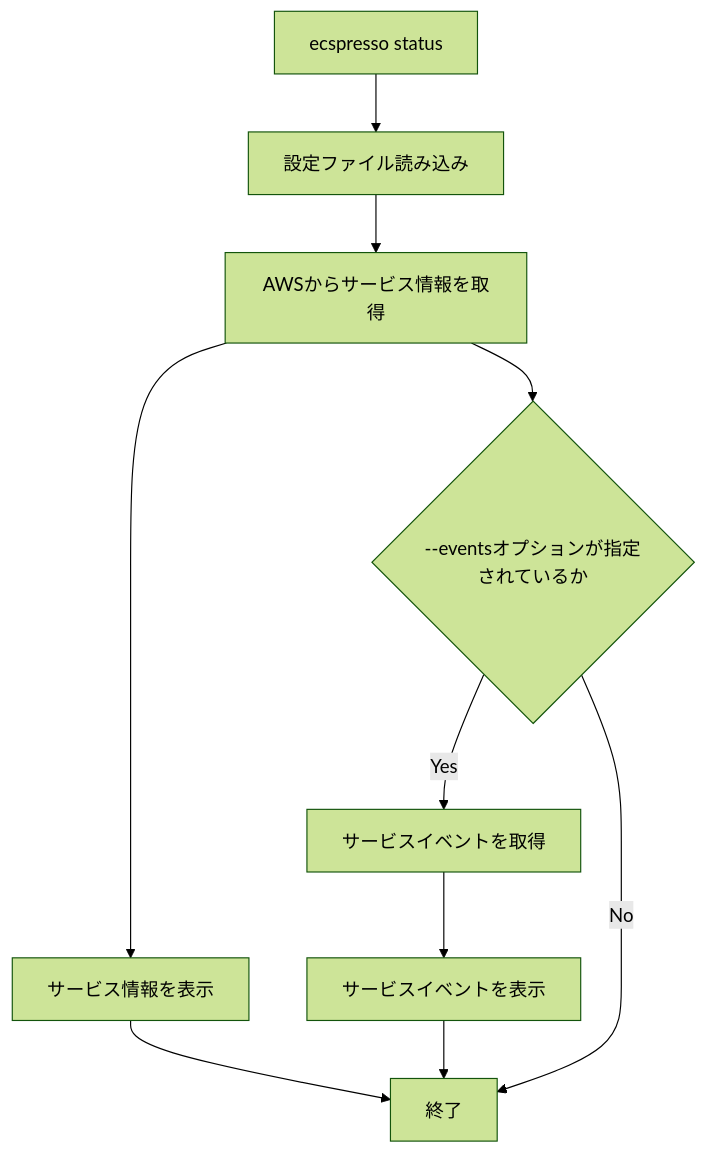
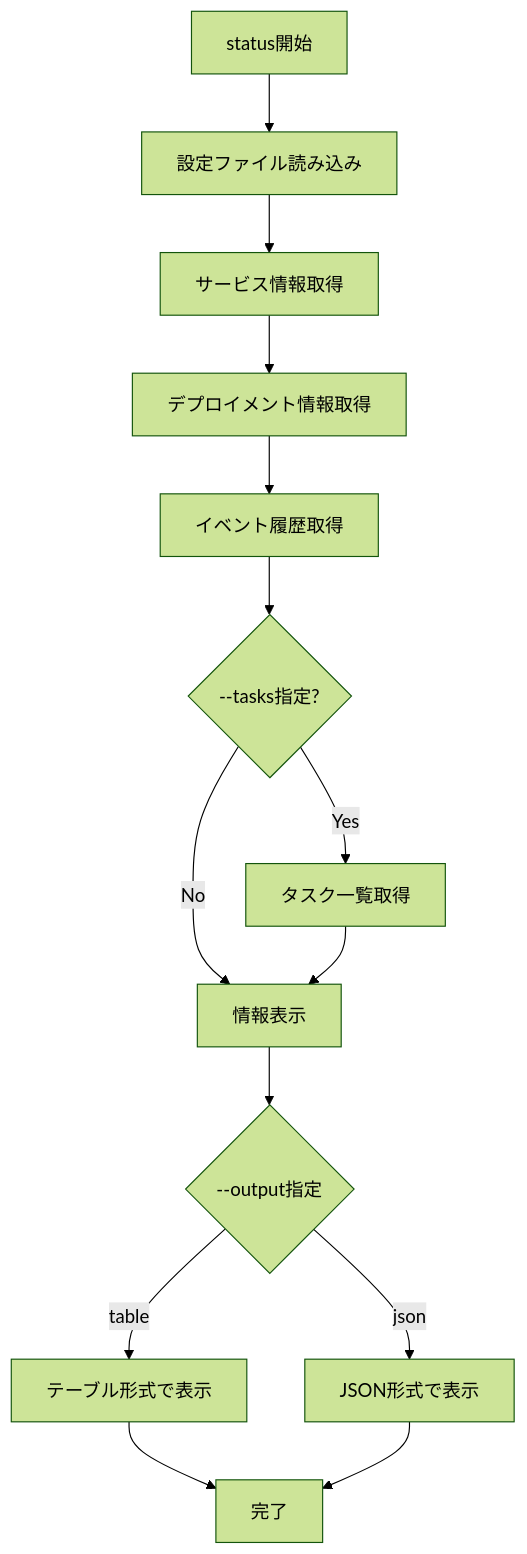
Before and after one commit to bufferings/devin-docs: the diagram in ecspresso/commands/status.md, drawn with Mermaid (forest theme). The commit also changed other lines of this file and 29 other files, not shown here.

````diff
--- a/ecspresso/commands/status.md
+++ b/ecspresso/commands/status.md
@@ -118,12 +87,16 @@
 ```mermaid
 graph TD
-    A[ecspresso status] --> B[設定ファイル読み込み]
-    B --> C[AWSからサービス情報を取得]
-    C --> D[サービス情報を表示]
-    C --> E{--eventsオプションが指定されているか}
-    E -->|Yes| F[サービスイベントを取得]
-    F --> G[サービスイベントを表示]
-    E -->|No| H[終了]
-    D --> H
+    A[status開始] --> B[設定ファイル読み込み]
+    B --> C[サービス情報取得]
+    C --> D[デプロイメント情報取得]
+    D --> E[イベント履歴取得]
+    E --> F{--tasks指定?}
+    F -->|Yes| G[タスク一覧取得]
+    F -->|No| H[情報表示]
     G --> H
+    H --> I{--output指定}
+    I -->|table| J[テーブル形式で表示]
+    I -->|json| K[JSON形式で表示]
+    J --> L[完了]
+    K --> L
 ```
````
